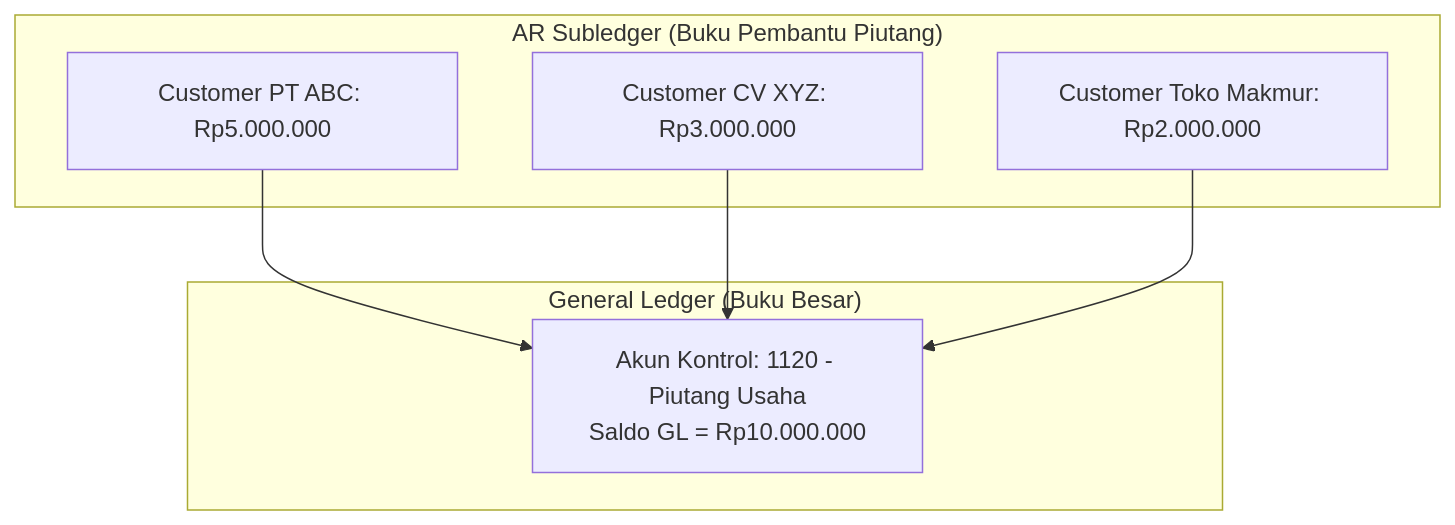
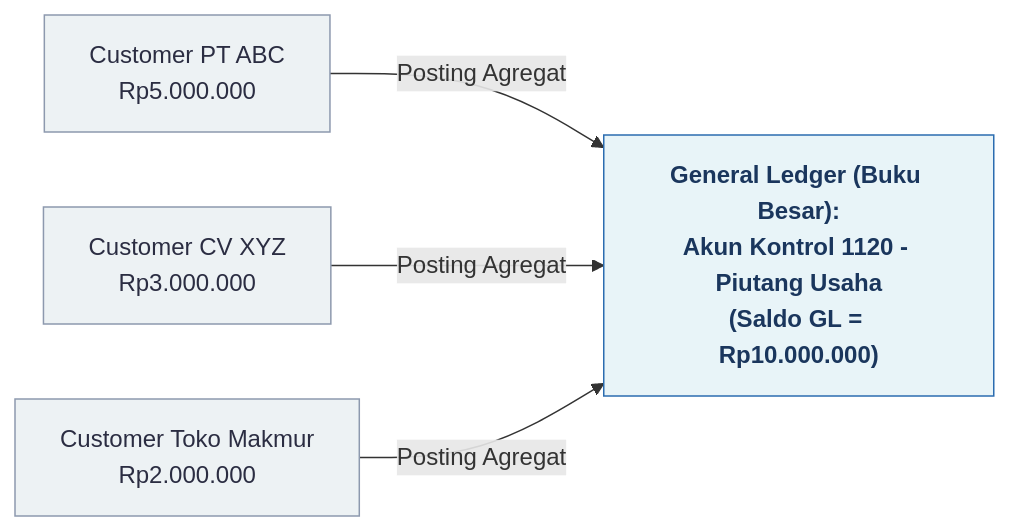
The second of 3 diagrams in content/02-accounting/chart-of-accounts.md (alimurrofid/erp-notes), drawn with Mermaid before and after one commit. The commit also changed 58 other files, not shown here.

Commit message:
fix(content):Mermaid Subgraph

````diff
--- a/content/02-accounting/chart-of-accounts.md
+++ b/content/02-accounting/chart-of-accounts.md
@@ -87,16 +87,18 @@
 ```mermaid
-flowchart TD
-    subgraph Subledger["AR Subledger (Buku Pembantu Piutang)"]
-        C1["Customer PT ABC: Rp5.000.000"]
-        C2["Customer CV XYZ: Rp3.000.000"]
-        C3["Customer Toko Makmur: Rp2.000.000"]
-    end
-    
-    subgraph GL["General Ledger (Buku Besar)"]
-        Ctrl["Akun Kontrol: 1120 - Piutang Usaha<br/>Saldo GL = Rp10.000.000"]
-    end
-    
-    C1 --> Ctrl
-    C2 --> Ctrl
-    C3 --> Ctrl
+flowchart LR
+    C1["Customer PT ABC<br/>Rp5.000.000"]
+    C2["Customer CV XYZ<br/>Rp3.000.000"]
+    C3["Customer Toko Makmur<br/>Rp2.000.000"]
+
+    Ctrl["General Ledger (Buku Besar):<br/>Akun Kontrol 1120 - Piutang Usaha<br/>(Saldo GL = Rp10.000.000)"]
+
+    C1 -->|Posting Agregat| Ctrl
+    C2 -->|Posting Agregat| Ctrl
+    C3 -->|Posting Agregat| Ctrl
+
+    classDef subledger fill:#edf2f4,stroke:#8d99ae,color:#2b2d42;
+    classDef gl fill:#e8f4f8,stroke:#2b6cb0,color:#1a365d,font-weight:bold;
+
+    class C1,C2,C3 subledger;
+    class Ctrl gl;
 ```
````
